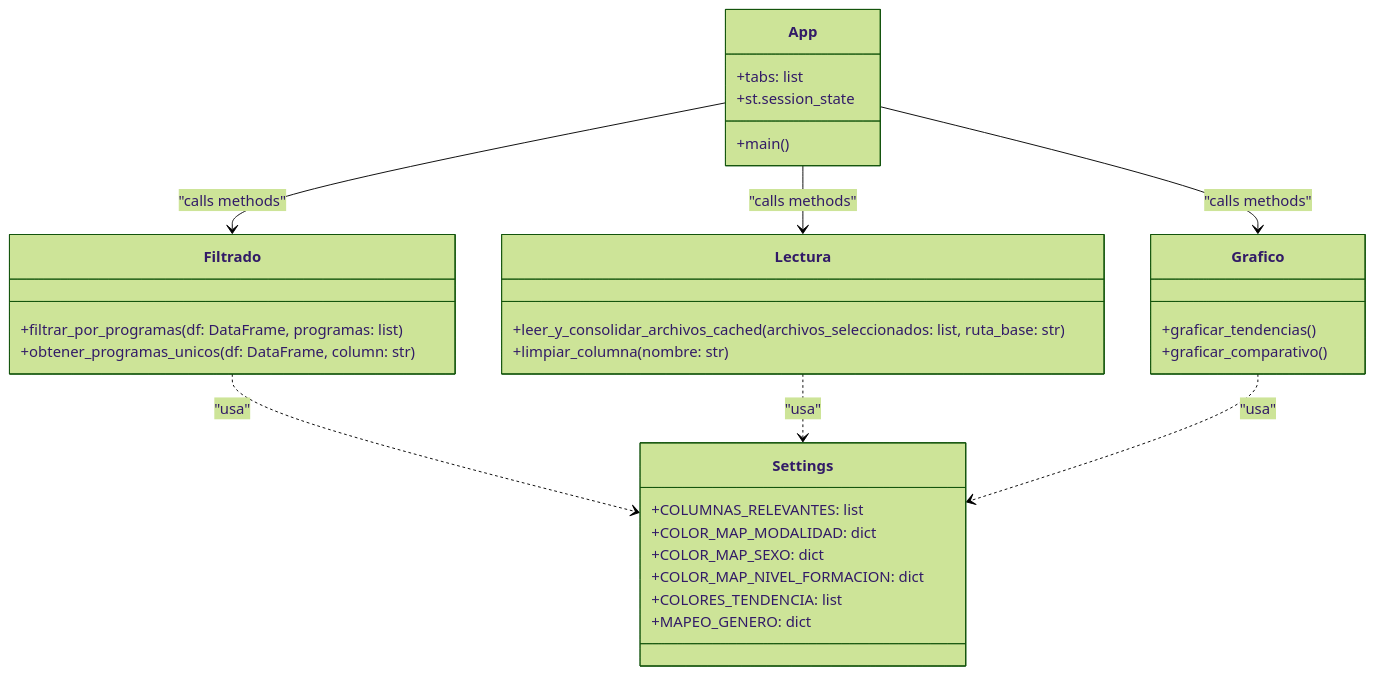
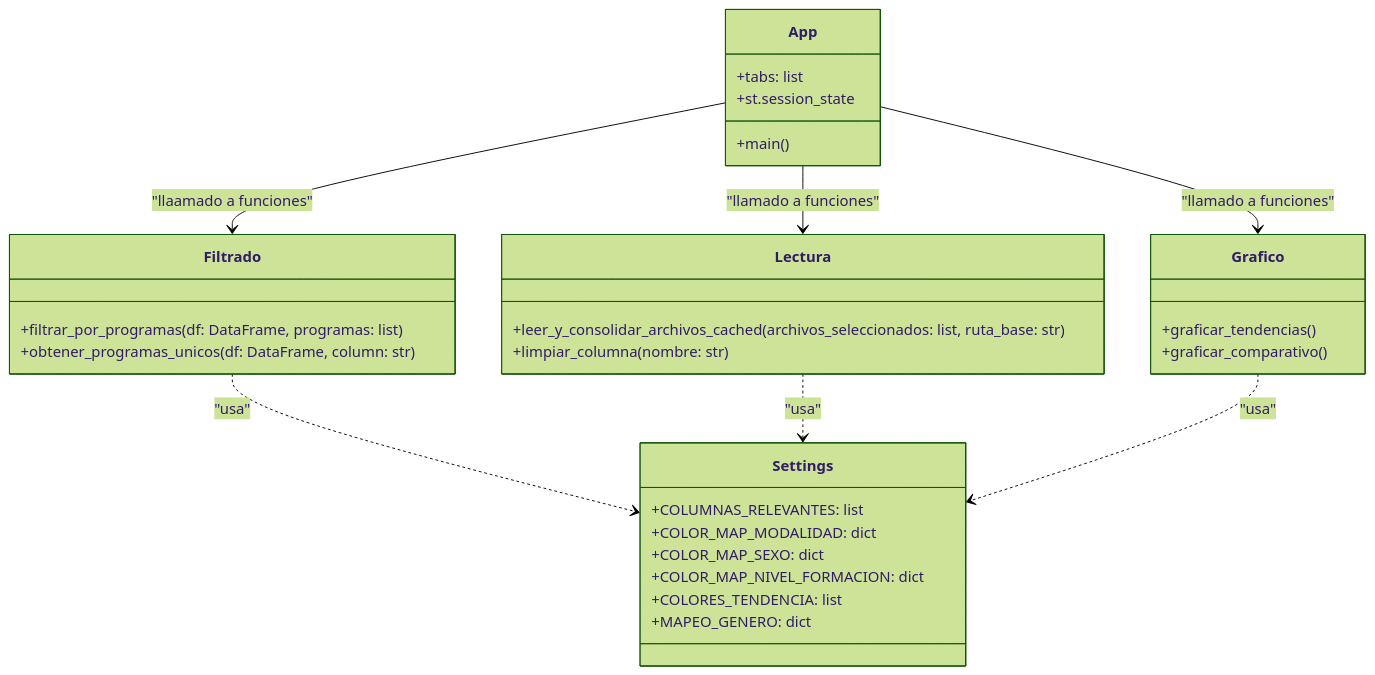
One commit to 300CIS017-Object-Oriented-Programming/proyecto-3-sniesproyect3 changed the diagram in README.md. Above: the diagram before and after it, drawn with Mermaid (forest theme). The commit also changed 1 other file, not shown here.

Commit message:
Diagrama UML/ Explicación programa

````diff
--- a/README.md
+++ b/README.md
@@ -112,40 +112,40 @@
 ```mermaid
 classDiagram
     class App {
         +main()
         +tabs: list
         +st.session_state
     }
 
     class Filtrado {
         +filtrar_por_programas(df: DataFrame, programas: list)
         +obtener_programas_unicos(df: DataFrame, column: str)
     }
 
     class Grafico {
         +graficar_tendencias()
         +graficar_comparativo()
     }
 
     class Lectura {
         +leer_y_consolidar_archivos_cached(archivos_seleccionados: list, ruta_base: str)
         +limpiar_columna(nombre: str)
     }
 
     class Settings {
         +COLUMNAS_RELEVANTES: list
         +COLOR_MAP_MODALIDAD: dict
         +COLOR_MAP_SEXO: dict
         +COLOR_MAP_NIVEL_FORMACION: dict
         +COLORES_TENDENCIA: list
         +MAPEO_GENERO: dict
     }
 
-    App --> Filtrado : "calls methods"
-    App --> Grafico : "calls methods"
-    App --> Lectura : "calls methods"
+    App --> Filtrado : "llaamado a funciones"
+    App --> Grafico : "llamado a funciones"
+    App --> Lectura : "llamado a funciones"
     Filtrado ..> Settings : "usa"
     Lectura ..> Settings : "usa" 
     Grafico ..> Settings : "usa" 
 
 ```
````
